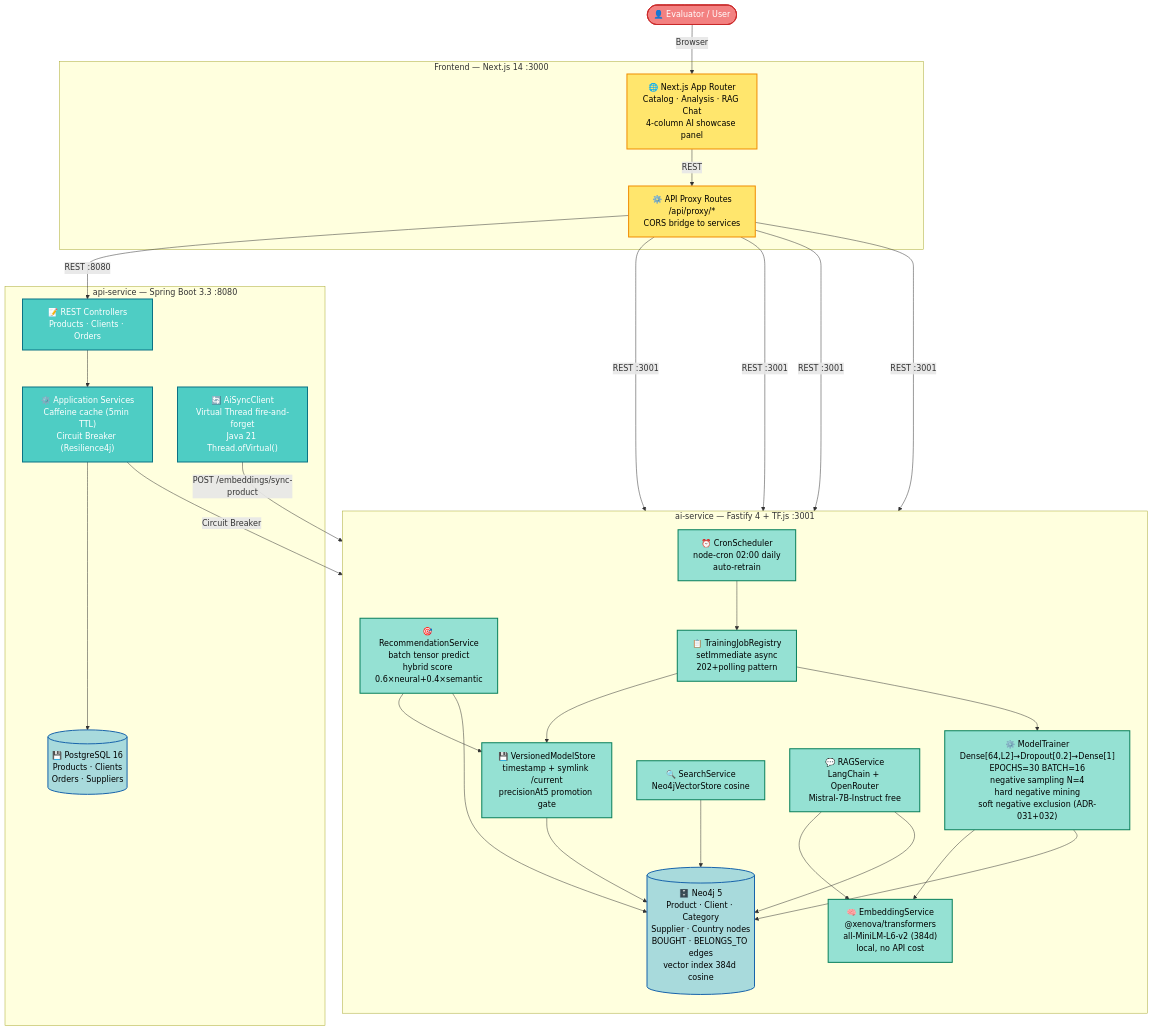
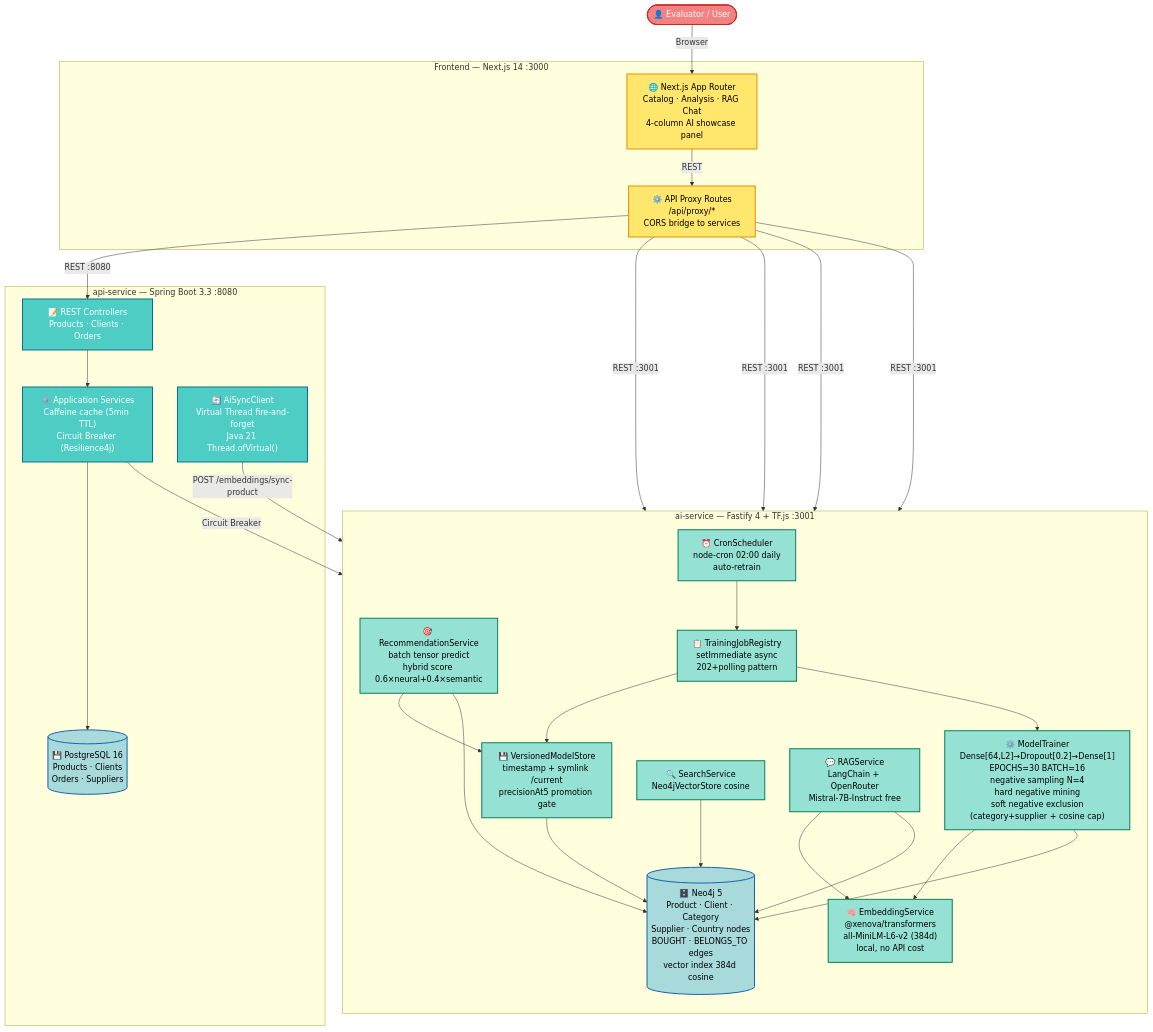
Before and after one commit to gabrielgrillorosa/smart-marketplace-recommender: the first of 16 diagrams in README.md, drawn with Mermaid. The commit also changed other lines of this file and 1 other file, not shown here.

````diff
--- a/README.md
+++ b/README.md
@@ -55,66 +71,66 @@
 ```mermaid
 graph TB
     User([👤 Evaluator / User])
 
     subgraph "Frontend — Next.js 14 :3000"
         FE["🌐 Next.js App Router\nCatalog · Analysis · RAG Chat\n4-column AI showcase panel"]
         PROXY["⚙️ API Proxy Routes\n/api/proxy/*\nCORS bridge to services"]
     end
 
     subgraph "api-service — Spring Boot 3.3 :8080"
         CTRL["📝 REST Controllers\nProducts · Clients · Orders"]
         SVC["⚙️ Application Services\nCaffeine cache (5min TTL)\nCircuit Breaker (Resilience4j)"]
         ASYNC["🔄 AiSyncClient\nVirtual Thread fire-and-forget\nJava 21 Thread.ofVirtual()"]
         PG[("💾 PostgreSQL 16\nProducts · Clients\nOrders · Suppliers")]
     end
 
     subgraph "ai-service — Fastify 4 + TF.js :3001"
         direction TB
         EMB["🧠 EmbeddingService\n@xenova/transformers\nall-MiniLM-L6-v2 (384d)\nlocal, no API cost"]
-        TRAINER["⚙️ ModelTrainer\nDense[64,L2]→Dropout[0.2]→Dense[1]\nEPOCHS=30 BATCH=16\nnegative sampling N=4\nhard negative mining\nsoft negative exclusion (ADR-031+032)"]
+        TRAINER["⚙️ ModelTrainer\nDense[64,L2]→Dropout[0.2]→Dense[1]\nEPOCHS=30 BATCH=16\nnegative sampling N=4\nhard negative mining\nsoft negative exclusion\n(category+supplier + cosine cap)"]
         REGISTRY["📋 TrainingJobRegistry\nsetImmediate async\n202+polling pattern"]
         VSTORE["💾 VersionedModelStore\ntimestamp + symlink /current\nprecisionAt5 promotion gate"]
         CRON["⏰ CronScheduler\nnode-cron 02:00 daily\nauto-retrain"]
         RECSVC["🎯 RecommendationService\nbatch tensor predict\nhybrid score 0.6×neural+0.4×semantic"]
         SEARCH["🔍 SearchService\nNeo4jVectorStore cosine"]
         RAG["💬 RAGService\nLangChain + OpenRouter\nMistral-7B-Instruct free"]
         NEO[("🗄️ Neo4j 5\nProduct · Client · Category\nSupplier · Country nodes\nBOUGHT · BELONGS_TO edges\nvector index 384d cosine")]
     end
 
     User -->|Browser| FE
     FE -->|REST| PROXY
     PROXY -->|REST :8080| CTRL
     PROXY -->|REST :3001| RECSVC
     PROXY -->|REST :3001| SEARCH
     PROXY -->|REST :3001| RAG
     PROXY -->|REST :3001| REGISTRY
 
     CTRL --> SVC
     SVC --> PG
     SVC -->|Circuit Breaker| RECSVC
     ASYNC -->|POST /embeddings/sync-product| EMB
 
     TRAINER --> NEO
     TRAINER --> EMB
     RECSVC --> NEO
     RECSVC --> VSTORE
     SEARCH --> NEO
     RAG --> NEO
     RAG --> EMB
     REGISTRY --> TRAINER
     REGISTRY --> VSTORE
     CRON --> REGISTRY
     VSTORE --> NEO
 
     classDef frontend fill:#FFE66D,stroke:#F08C00,color:#000,stroke-width:2px
     classDef apiservice fill:#4ECDC4,stroke:#0B7285,color:#fff,stroke-width:2px
     classDef aiservice fill:#95E1D3,stroke:#087F5B,color:#000,stroke-width:2px
     classDef database fill:#A8DADC,stroke:#1864AB,color:#000,stroke-width:2px
     classDef user fill:#F38181,stroke:#C92A2A,color:#fff,stroke-width:2px
 
     class FE,PROXY frontend
     class CTRL,SVC,ASYNC apiservice
     class EMB,TRAINER,REGISTRY,VSTORE,CRON,RECSVC,SEARCH,RAG aiservice
     class PG,NEO database
     class User user
 ```
````
